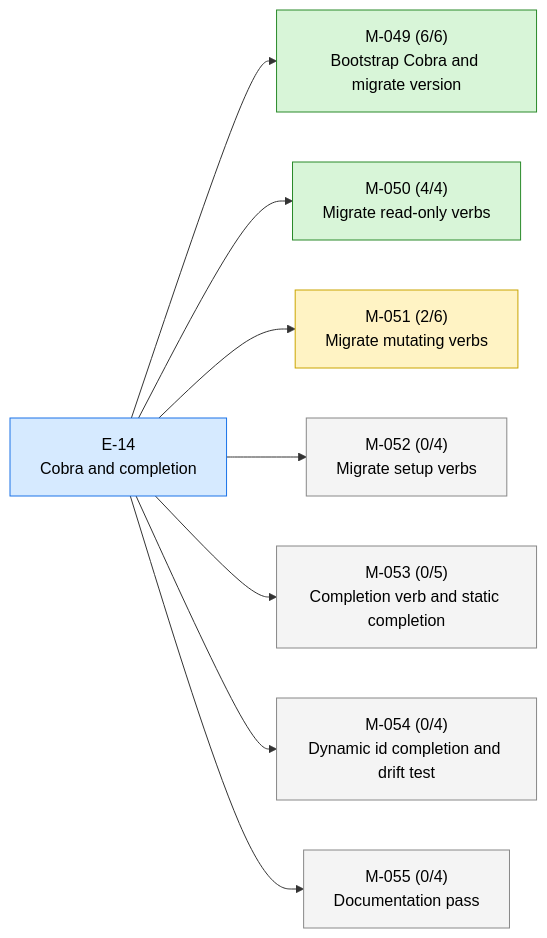
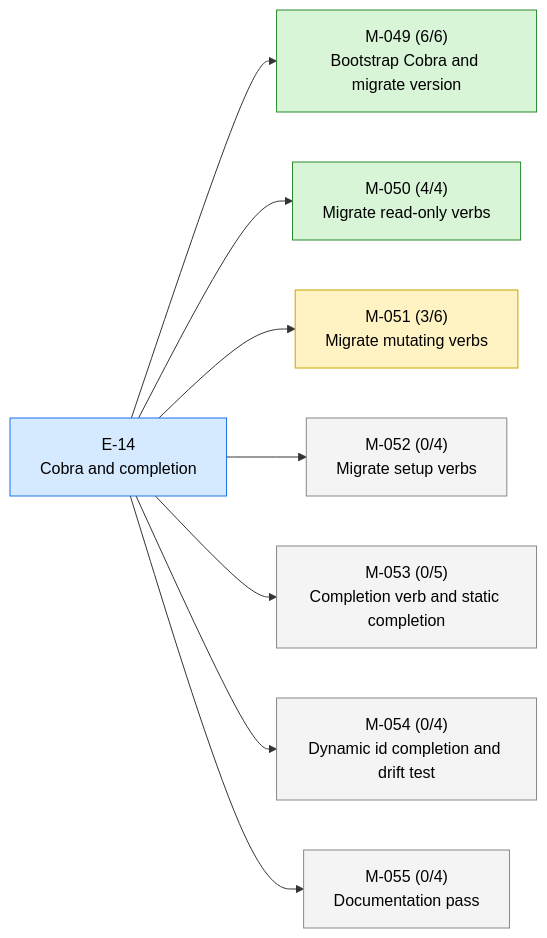
One commit to 23min/aiwf changed the first of 2 diagrams in STATUS.md. Above: the diagram before and after it, drawn with Mermaid. The commit also changed other lines of this file and 1 other file, not shown here.

````diff
--- a/STATUS.md
+++ b/STATUS.md
@@ -17,24 +17,24 @@
 ```mermaid
 flowchart LR
   E_14["E-14<br/>Cobra and completion"]:::epic_active
   M_049["M-049 (6/6)<br/>Bootstrap Cobra and migrate version"]:::ms_done
   E_14 --> M_049
   M_050["M-050 (4/4)<br/>Migrate read-only verbs"]:::ms_done
   E_14 --> M_050
-  M_051["M-051 (2/6)<br/>Migrate mutating verbs"]:::ms_in_progress
+  M_051["M-051 (3/6)<br/>Migrate mutating verbs"]:::ms_in_progress
   E_14 --> M_051
   M_052["M-052 (0/4)<br/>Migrate setup verbs"]:::ms_draft
   E_14 --> M_052
   M_053["M-053 (0/5)<br/>Completion verb and static completion"]:::ms_draft
   E_14 --> M_053
   M_054["M-054 (0/4)<br/>Dynamic id completion and drift test"]:::ms_draft
   E_14 --> M_054
   M_055["M-055 (0/4)<br/>Documentation pass"]:::ms_draft
   E_14 --> M_055
   classDef epic_active fill:#d6eaff,stroke:#1a73e8,color:#000
   classDef epic_proposed fill:#f4f4f4,stroke:#888,color:#000
   classDef ms_done fill:#d8f5d8,stroke:#2a8a2a,color:#000
   classDef ms_in_progress fill:#fff3c4,stroke:#caa400,color:#000
   classDef ms_draft fill:#f4f4f4,stroke:#888,color:#000
   classDef ms_cancelled fill:#fbeaea,stroke:#c33,color:#000
 ```
````
